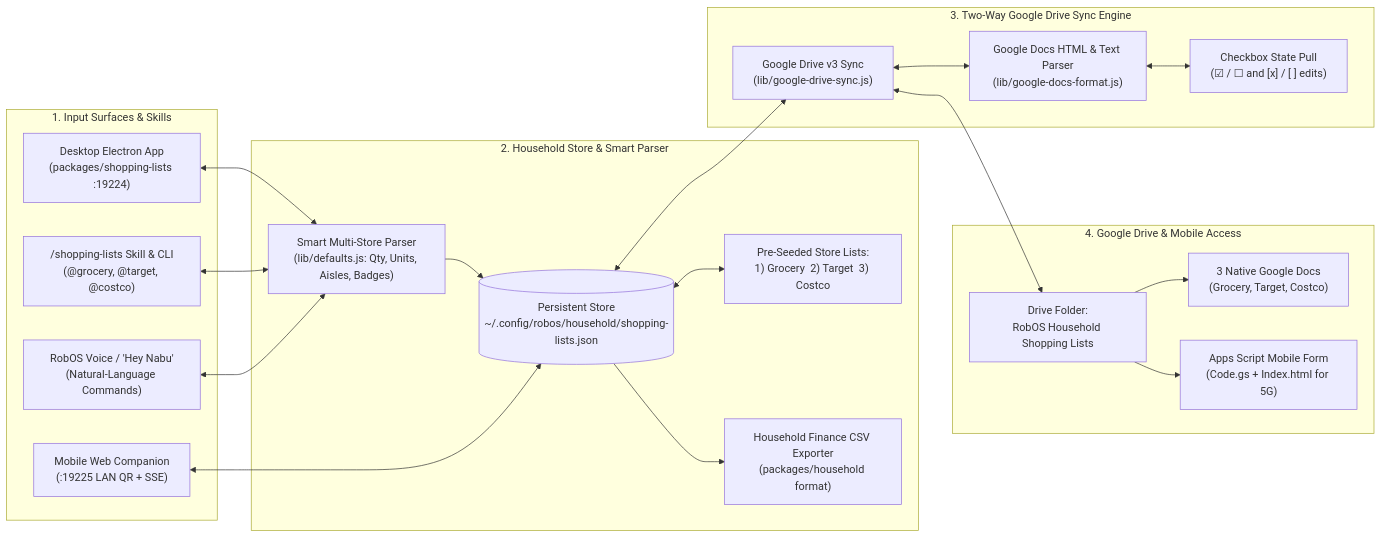
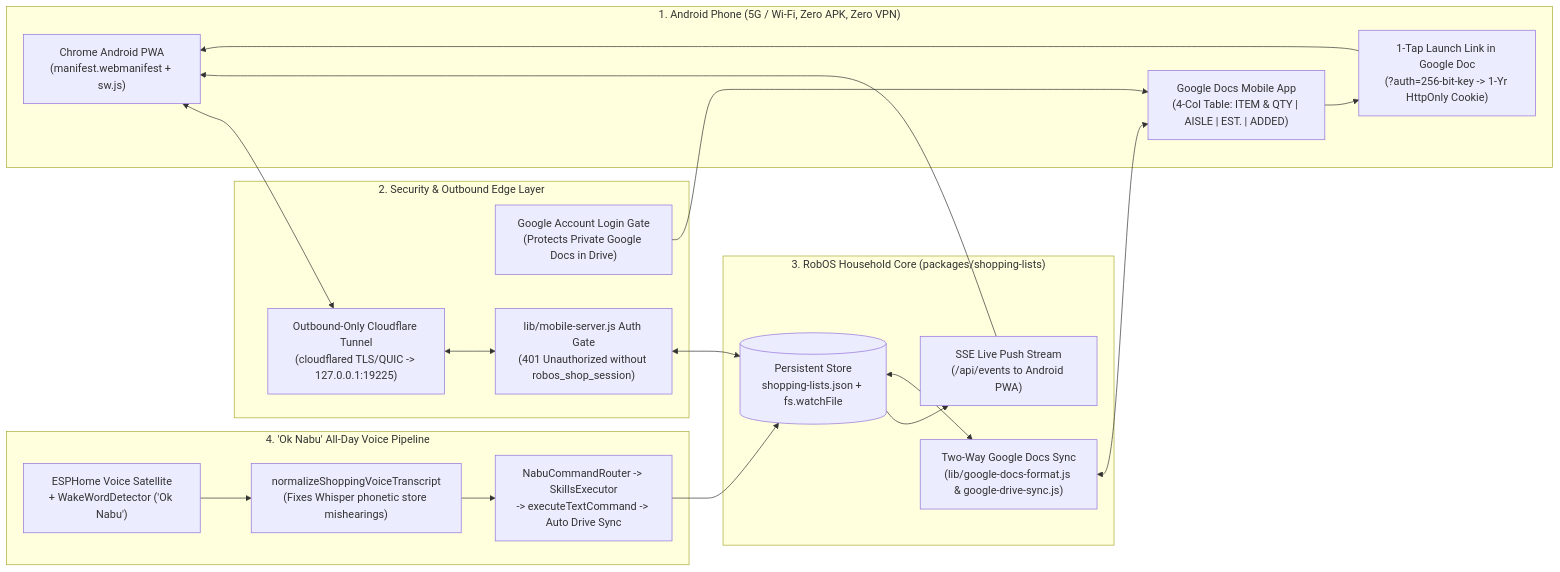
The diagram in site/_apps/shopping-lists.md (nddipiazza/robos), drawn with Mermaid before and after one commit. The commit also changed other lines of this file and 9 other files, not shown here.

Commit message:
docs(shopping-lists): publish blog post and docs for Google-gated Android PWA, outbound tunnel, and Ok Nabu voice sync

````diff
--- a/site/_apps/shopping-lists.md
+++ b/site/_apps/shopping-lists.md
@@ -24,42 +24,33 @@
 ```mermaid
 flowchart LR
-    subgraph Inputs["1. Input Surfaces & Skills"]
-        Desktop["Desktop Electron App\n(packages/shopping-lists :19224)"]
-        MobileWeb["Mobile Web Companion\n(:19225 LAN QR + SSE)"]
-        SkillCLI["/shopping-lists Skill & CLI\n(@grocery, @target, @costco)"]
-        Voice["RobOS Voice / 'Hey Nabu'\n(Natural-Language Commands)"]
+    subgraph Phone["1. Android Phone (5G / Wi-Fi, Zero APK, Zero VPN)"]
+        PWA["Chrome Android PWA\n(manifest.webmanifest + sw.js)"]
+        GDocApp["Google Docs Mobile App\n(4-Col Table: ITEM & QTY | AISLE | EST. | ADDED)"]
+        LaunchLink["1-Tap Launch Link in Google Doc\n(?auth=256-bit-key -> 1-Yr HttpOnly Cookie)"]
+        GDocApp --> LaunchLink --> PWA
     end
 
-    subgraph Core["2. Household Store & Smart Parser"]
-        Parser["Smart Multi-Store Parser\n(lib/defaults.js: Qty, Units, Aisles, Badges)"]
-        Store[("Persistent Store\n~/.config/robos/household/shopping-lists.json")]
-        Lists["Pre-Seeded Store Lists:\n1) Grocery  2) Target  3) Costco"]
-        CSV["Household Finance CSV Exporter\n(packages/household format)"]
-        Parser --> Store
-        Store <--> Lists
-        Store --> CSV
+    subgraph Edge["2. Security & Outbound Edge Layer"]
+        GoogleGate["Google Account Login Gate\n(Protects Private Google Docs in Drive)"]
+        Tunnel["Outbound-Only Cloudflare Tunnel\n(cloudflared TLS/QUIC -> 127.0.0.1:19225)"]
+        AuthGate["lib/mobile-server.js Auth Gate\n(401 Unauthorized without robos_shop_session)"]
+        GoogleGate --> GDocApp
+        PWA <--> Tunnel <--> AuthGate
     end
 
-    subgraph Sync["3. Two-Way Google Drive Sync Engine"]
-        DriveSync["Google Drive v3 Sync\n(lib/google-drive-sync.js)"]
-        DocsFmt["Google Docs HTML & Text Parser\n(lib/google-docs-format.js)"]
-        CheckSync["Checkbox State Pull\n(☑ / ☐ and [x] / [ ] edits)"]
-        DriveSync <--> DocsFmt
-        DocsFmt <--> CheckSync
+    subgraph Core["3. RobOS Household Core (packages/shopping-lists)"]
+        Store[("Persistent Store\nshopping-lists.json + fs.watchFile")]
+        SSE["SSE Live Push Stream\n(/api/events to Android PWA)"]
+        DriveSync["Two-Way Google Docs Sync\n(lib/google-docs-format.js & google-drive-sync.js)"]
+        AuthGate <--> Store
+        Store --> SSE --> PWA
+        Store <--> DriveSync <--> GDocApp
     end
 
-    subgraph Cloud["4. Google Drive & Mobile Access"]
-        Folder["Drive Folder:\nRobOS Household Shopping Lists"]
-        GDocs["3 Native Google Docs\n(Grocery, Target, Costco)"]
-        AppsScript["Apps Script Mobile Form\n(Code.gs + Index.html for 5G)"]
-        Folder --> GDocs
-        Folder --> AppsScript
+    subgraph Voice["4. 'Ok Nabu' All-Day Voice Pipeline"]
+        Satellite["ESPHome Voice Satellite\n+ WakeWordDetector ('Ok Nabu')"]
+        Phonetic["normalizeShoppingVoiceTranscript\n(Fixes Whisper phonetic store mishearings)"]
+        Router["NabuCommandRouter -> SkillsExecutor\n-> executeTextCommand -> Auto Drive Sync"]
+        Satellite --> Phonetic --> Router --> Store
     end
-
-    Desktop <--> Parser
-    MobileWeb <--> Store
-    SkillCLI <--> Parser
-    Voice <--> Parser
-    Store <--> DriveSync
-    DriveSync <--> Folder
 ```
````
